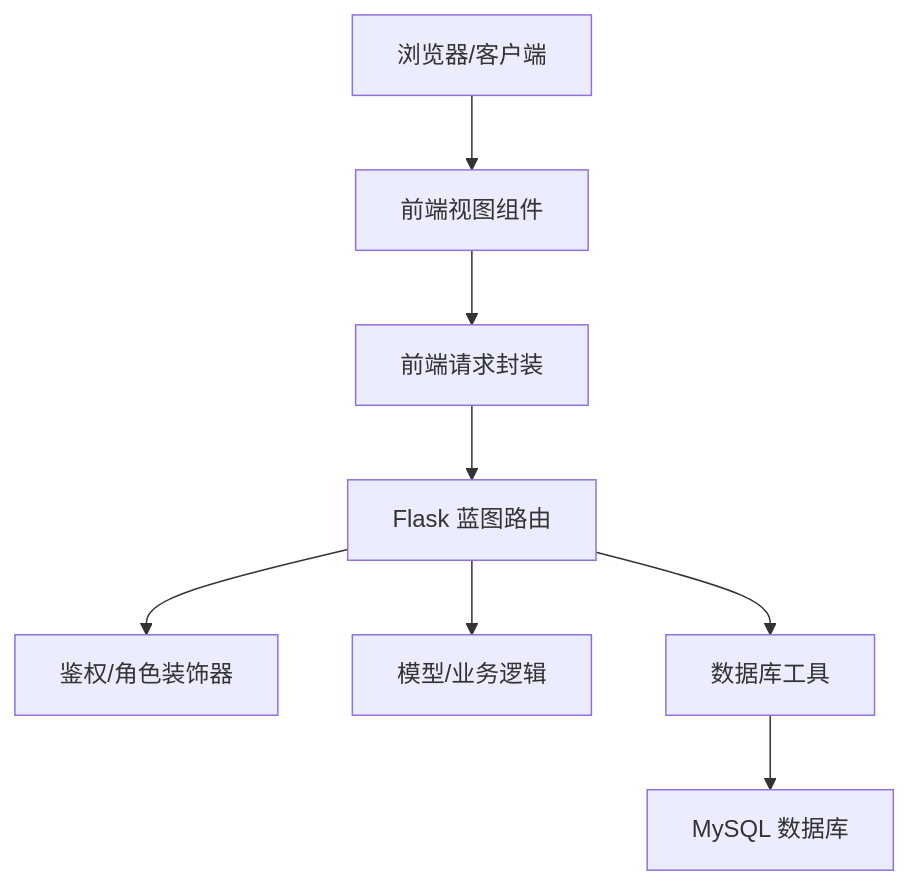
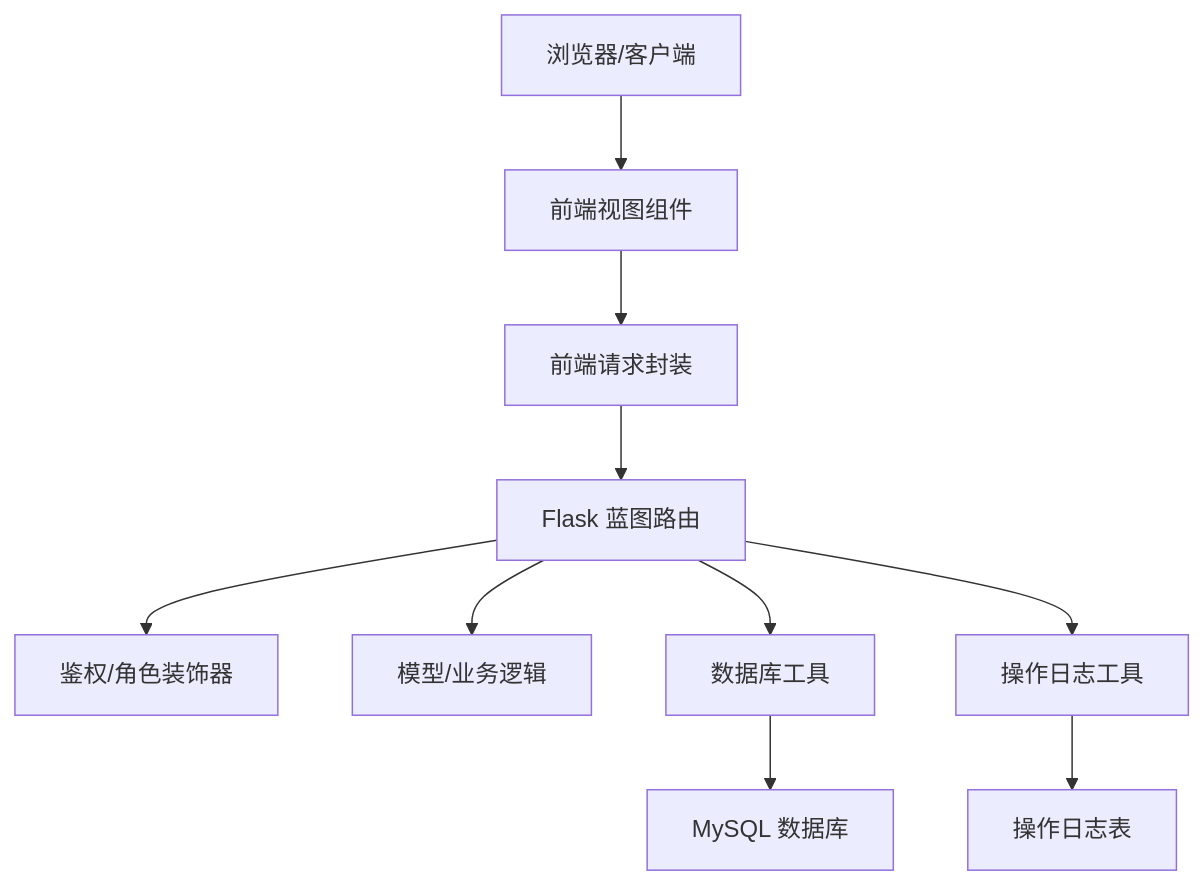
Before and after one commit to ismine3/OPS: the second of 9 diagrams in .qoder/repowiki/zh/content/核心功能模块/核心功能模块.md, drawn with Mermaid. The commit also changed other lines of this file and 39 other files, not shown here.

````diff
--- a/.qoder/repowiki/zh/content/核心功能模块/核心功能模块.md
+++ b/.qoder/repowiki/zh/content/核心功能模块/核心功能模块.md
@@ -146,10 +175,12 @@
 ```mermaid
 graph TB
 Client["浏览器/客户端"] --> FE["前端视图组件"]
 FE --> API["前端请求封装"]
 API --> Flask["Flask 蓝图路由"]
 Flask --> Decorator["鉴权/角色装饰器"]
 Flask --> Model["模型/业务逻辑"]
 Flask --> DBUtil["数据库工具"]
+Flask --> OpsLogUtil["操作日志工具"]
+OpsLogUtil --> OpsLogTable["操作日志表"]
 DBUtil --> MySQL["MySQL 数据库"]
 ```
````
